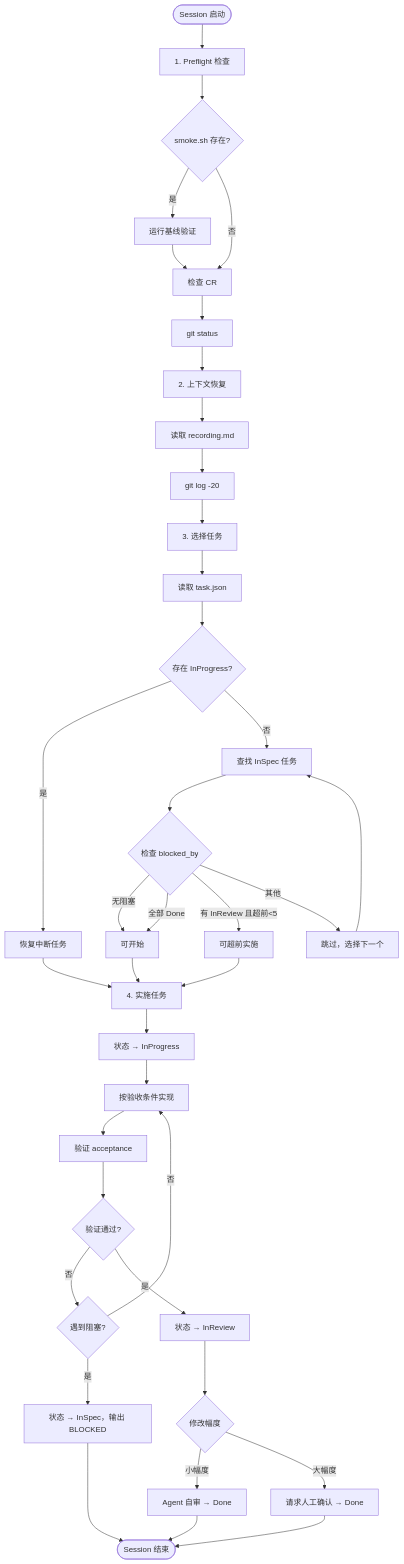
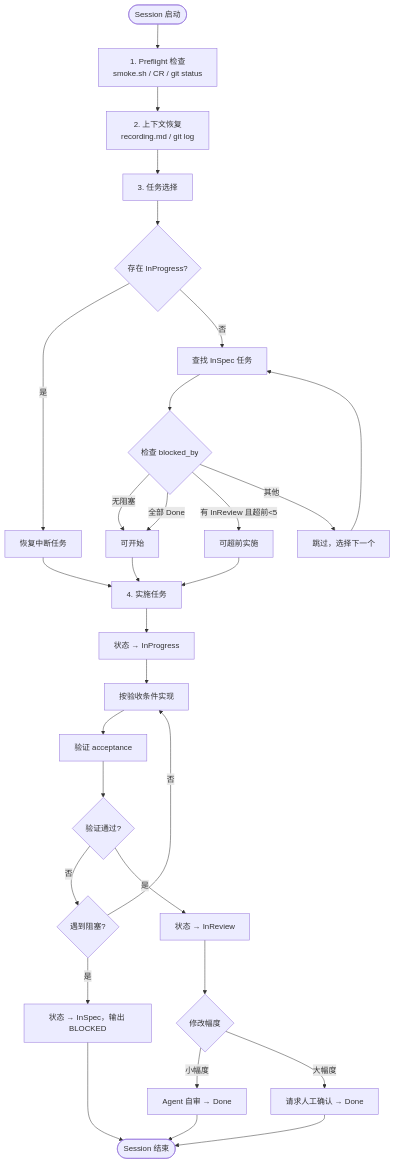
Before and after one commit to ssdiwu/diwu-workflow: the fourth of 4 diagrams in README.md, drawn with Mermaid. The commit also changed other lines of this file, not shown here.

````diff
--- a/README.md
+++ b/README.md
@@ -158,49 +211,39 @@
 ```mermaid
 flowchart TD
-    Start([Session 启动]) --> Preflight[1. Preflight 检查]
-    Preflight --> Smoke{smoke.sh 存在?}
-    Smoke -->|是| RunSmoke[运行基线验证]
-    Smoke -->|否| CheckCR[检查 CR]
-    RunSmoke --> CheckCR
+    Start([Session 启动]) --> Preflight[1. Preflight 检查<br>smoke.sh / CR / git status]
+    Preflight --> Context[2. 上下文恢复<br>recording.md / git log]
+    Context --> SelectTask[3. 任务选择]
 
-    CheckCR --> GitStatus[git status]
-    GitStatus --> Context[2. 上下文恢复]
-    Context --> ReadRecording[读取 recording.md]
-    ReadRecording --> GitLog[git log -20]
-    GitLog --> SelectTask[3. 选择任务]
-
-    SelectTask --> ReadTasks[读取 task.json]
-    ReadTasks --> CheckInProgress{存在 InProgress?}
-
+    SelectTask --> CheckInProgress{存在 InProgress?}
     CheckInProgress -->|是| ResumeTask[恢复中断任务]
     CheckInProgress -->|否| FindInSpec[查找 InSpec 任务]
 
     FindInSpec --> CheckBlocked{检查 blocked_by}
     CheckBlocked -->|无阻塞| CanStart[可开始]
     CheckBlocked -->|全部 Done| CanStart
     CheckBlocked -->|有 InReview 且超前<5| CanAdvance[可超前实施]
     CheckBlocked -->|其他| SkipTask[跳过，选择下一个]
     SkipTask --> FindInSpec
 
     CanStart --> Implement[4. 实施任务]
     CanAdvance --> Implement
     ResumeTask --> Implement
 
     Implement --> SetInProgress[状态 → InProgress]
     SetInProgress --> CodeImpl[按验收条件实现]
     CodeImpl --> Verify[验证 acceptance]
 
     Verify --> VerifyOK{验证通过?}
     VerifyOK -->|否| Blocked{遇到阻塞?}
     Blocked -->|是| SetInSpec[状态 → InSpec，输出 BLOCKED]
     Blocked -->|否| CodeImpl
 
     VerifyOK -->|是| SetInReview[状态 → InReview]
     SetInReview --> CheckScope{修改幅度}
     CheckScope -->|小幅度| AgentReview[Agent 自审 → Done]
     CheckScope -->|大幅度| HumanReview[请求人工确认 → Done]
 
     AgentReview --> End
     HumanReview --> End
     SetInSpec --> End([Session 结束])
 ```
````
